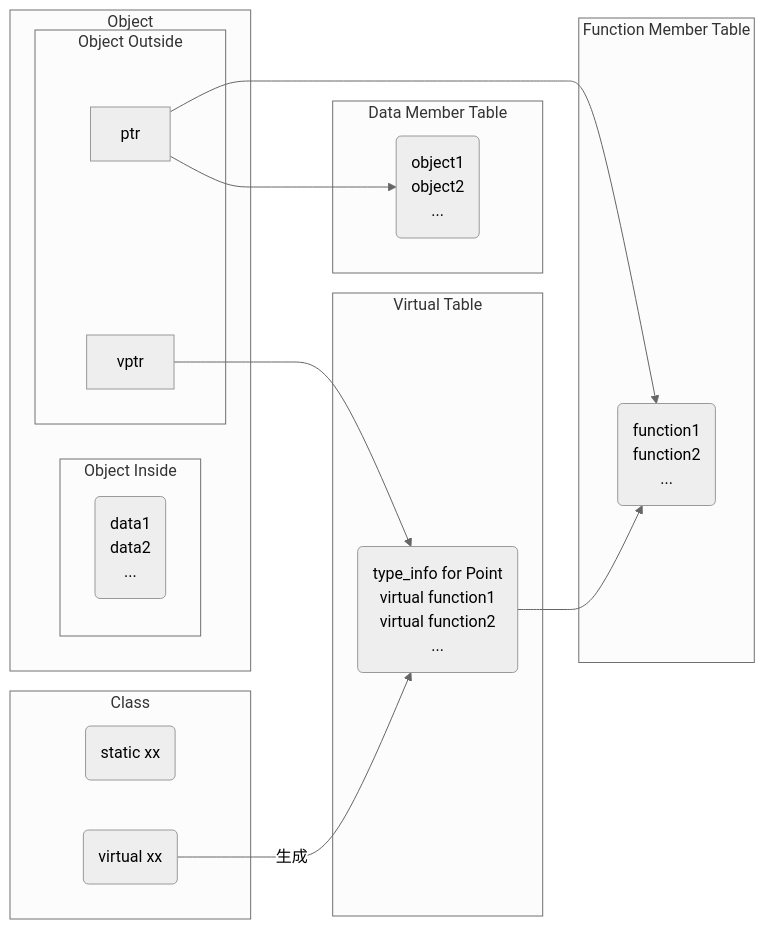
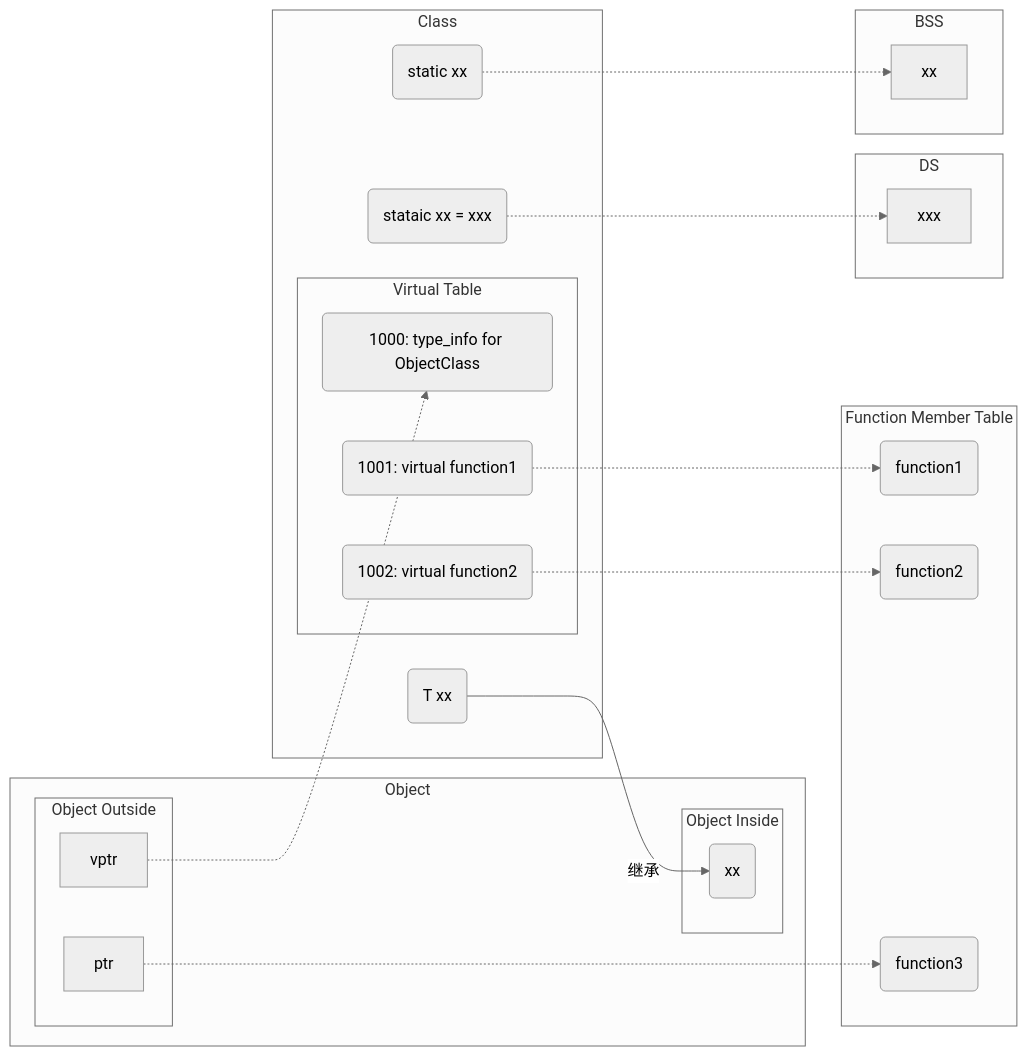
One commit to hanjingo/doc changed the first of 2 diagrams in LANG/C++/object.md. Above: the diagram before and after it, drawn with Mermaid (neutral theme). The commit also changed other lines of this file and 14 other files, not shown here.

````diff
--- a/LANG/C++/object.md
+++ b/LANG/C++/object.md
@@ -7,31 +7,43 @@
 ```mermaid
 graph LR
+	subgraph Class
+		C1(static xx)
+		C2(stataic xx = xxx)
+		C3(T xx)
+		
+		subgraph Virtual Table
+			V1(1000: type_info for ObjectClass)
+			V2(1001: virtual function1)
+			V3(1002: virtual function2)
+		end
+	end
+	
 	subgraph Object
 		subgraph Object Inside
-			O1(data1<br>data2<br>...)
+			O1(xx)
+			C3 --继承--> O1
 		end
 		
 		subgraph Object Outside
 			ptr
-			vptr
+			vptr -..->V1
 		end
-	end
-			
-	subgraph Class
-		C1(static xx)
-		C2(virtual xx)
 	end
 	
 	subgraph Function Member Table
-		ptr --> F(function1<br>function2<br>...)
+		F1(function1)
+		F2(function2)
+		F3(function3)
+		V2 -..-> F1
+		V3 -..-> F2
+		ptr -..-> F3
 	end
 	
-	subgraph Data Member Table
-		ptr --> D1(object1<br>object2<br>...)
+	subgraph DS
+			C2 -..-> xxx
 	end
 	
-	subgraph Virtual Table
-	    vptr --> V(type_info for Point<br>virtual function1<br>virtual function2<br>...) --> F
-	    C2 --生成--> V
+	subgraph BSS
+			C1 -..-> xx
 	end
 ```
````
